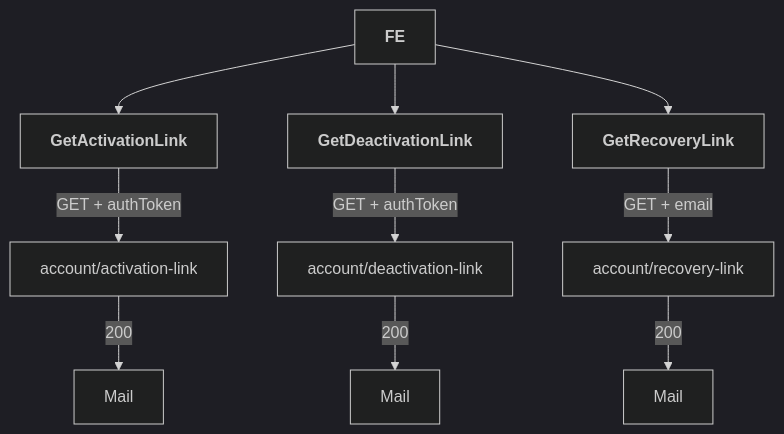
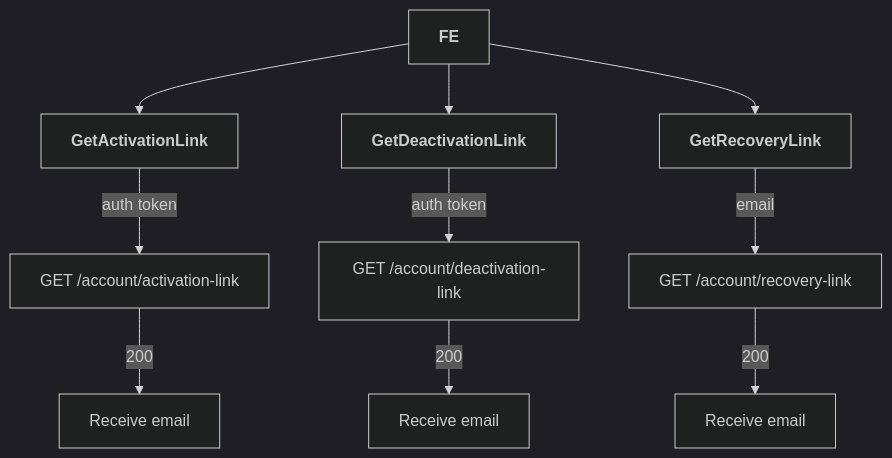
Before and after one commit to Karmello/ask-the-world-api: the first of 12 diagrams in README.md, drawn with Mermaid (dark theme). The commit also changed other lines of this file, not shown here.

````diff
--- a/README.md
+++ b/README.md
@@ -26,6 +26,7 @@
 ```mermaid
 flowchart
-ROOT[<b>FE</b>] --> A1[<b>GetActivationLink</b>] --> |GET + authToken|A2[account/activation-link]  --> |200|A3[Mail]
-ROOT --> B1[<b>GetDeactivationLink</b>] --> |GET + authToken|B2[account/deactivation-link] --> |200|B3[Mail]
-ROOT --> C1[<b>GetRecoveryLink</b>] --> |GET + email|C2[account/recovery-link] --> |200|C3[Mail]
+ROOT[<b>FE</b>]
+ROOT --> A1[<b>GetActivationLink</b>] --> |auth token|A2[GET /account/activation-link] --> |200|A3[Receive email]
+ROOT --> B1[<b>GetDeactivationLink</b>] --> |auth token|B2[GET /account/deactivation-link] --> |200|B3[Receive email]
+ROOT --> C1[<b>GetRecoveryLink</b>] --> |email|C2[GET /account/recovery-link] --> |200|C3[Receive email]
 ```
````
